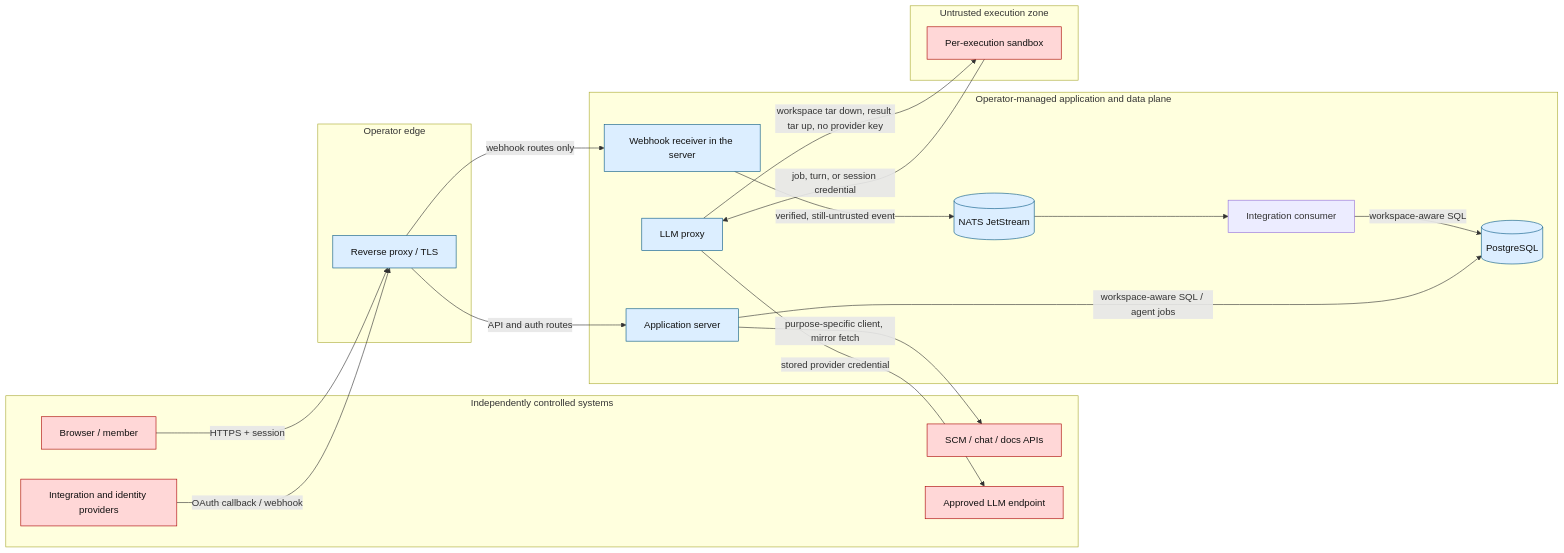
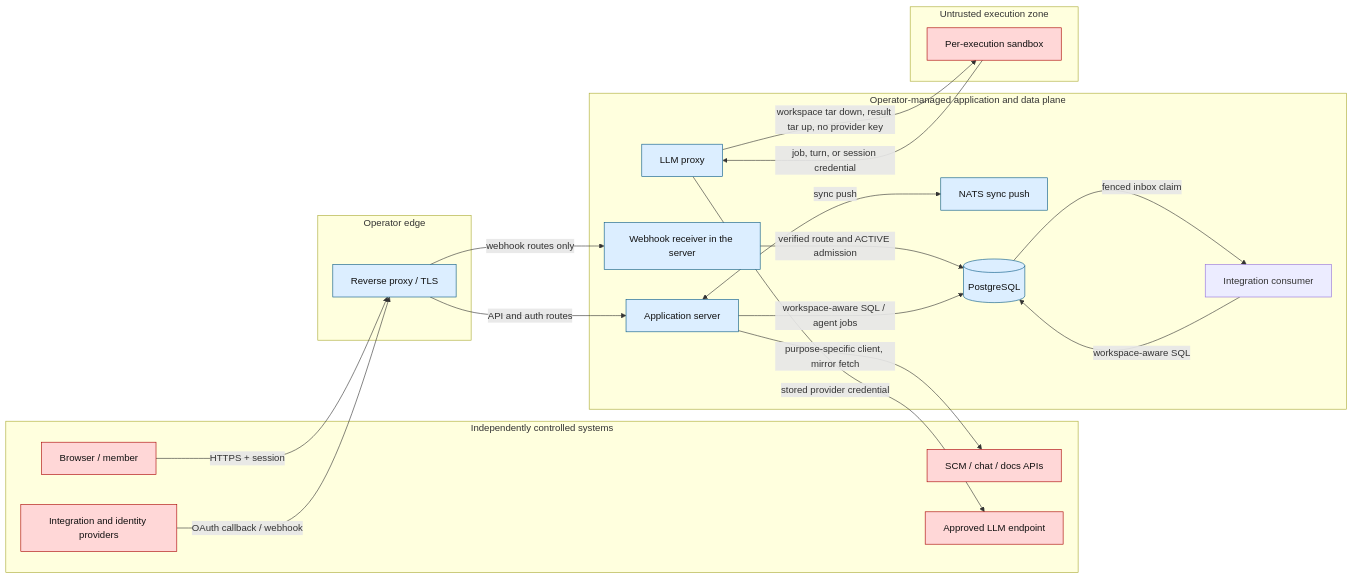
One commit to hephaestus-build/Hephaestus changed the diagram in docs/admin/threat-model.mdx. Above: the diagram before and after it, drawn with Mermaid. The commit also changed other lines of this file and 38 other files, not shown here.

Commit message:
fix(server): admit provider work only for active connections

````diff
--- a/docs/admin/threat-model.mdx
+++ b/docs/admin/threat-model.mdx
@@ -39,47 +39,48 @@
 ```mermaid
 flowchart LR
 accTitle: Hephaestus security data flow
-accDescr: The diagram separates independently controlled systems, the operator edge, the Hephaestus application and data plane, and untrusted sandbox execution. Users and providers cross the edge into the application server, whose receiver verifies webhook events. Verified events enter JetStream, services access PostgreSQL, sandboxes exchange inputs, results and model requests with the server's sandbox gateway, and the server fetches repository mirrors from the SCM provider in-process.
+accDescr: The diagram separates independently controlled systems, the operator edge, the Hephaestus application and data plane, and untrusted sandbox execution. Users and providers cross the edge into the application server, whose receiver verifies webhook events. Admitted events enter PostgreSQL, NATS carries sync push notifications, services access PostgreSQL, sandboxes exchange inputs, results and model requests with the server's sandbox gateway, and the server fetches repository mirrors from the SCM provider in-process.
 
   subgraph INTERNET[Independently controlled systems]
     U[Browser / member]
     V[Integration and identity providers]
     X[SCM / chat / docs APIs]
     M[Approved LLM endpoint]
   end
 
   subgraph EDGE[Operator edge]
     P[Reverse proxy / TLS]
   end
 
   subgraph PLANE[Operator-managed application and data plane]
     A[Application server]
     W[Webhook receiver in the server]
     I[Integration consumer]
     L[LLM proxy]
-    N[(NATS JetStream)]
+    N[NATS sync push]
     DB[(PostgreSQL)]
   end
 
   subgraph EXECUTION[Untrusted execution zone]
     S[Per-execution sandbox]
   end
 
   U -->|HTTPS + session| P
   V -->|OAuth callback / webhook| P
   P -->|API and auth routes| A
   P -->|webhook routes only| W
-  W -->|verified, still-untrusted event| N
-  N --> I
+  W -->|verified route and ACTIVE admission| DB
+  DB -->|fenced inbox claim| I
+  A <-->|sync push| N
   I -->|workspace-aware SQL| DB
   A -->|workspace-aware SQL / agent jobs| DB
   S -->|job, turn, or session credential| L
   L -->|workspace tar down, result tar up, no provider key| S
   L -->|stored provider credential| M
   A -->|purpose-specific client, mirror fetch| X
 
   classDef external fill:#ffd7d7,stroke:#a00,color:#111
   classDef managed fill:#dceeff,stroke:#075985,color:#111
   class U,V,X,M,S external
   class P,A,W,L,N,DB managed
 ```
````
